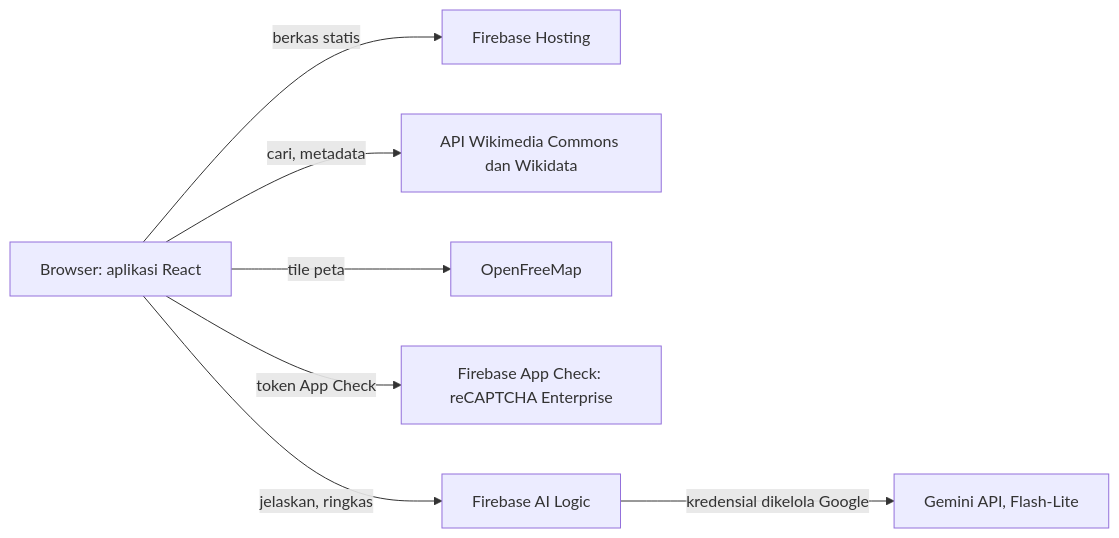
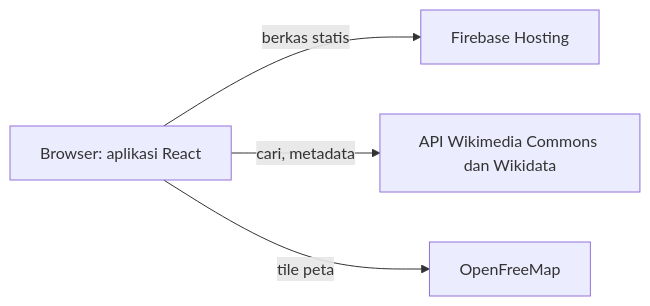
One commit to affandymurad/wikigaleri changed the second of 2 diagrams in README.md. Above: the diagram before and after it, drawn with Mermaid. The commit also changed other lines of this file and 23 other files, not shown here.

````diff
--- a/README.md
+++ b/README.md
@@ -213,9 +184,6 @@
 ```mermaid
 flowchart LR
   U[Browser: aplikasi React] -->|berkas statis| H[Firebase Hosting]
   U -->|cari, metadata| W[API Wikimedia Commons dan Wikidata]
   U -->|tile peta| M[OpenFreeMap]
-  U -->|token App Check| C[Firebase App Check: reCAPTCHA Enterprise]
-  U -->|jelaskan, ringkas| L[Firebase AI Logic]
-  L -->|kredensial dikelola Google| G[Gemini API, Flash-Lite]
 ```
````
